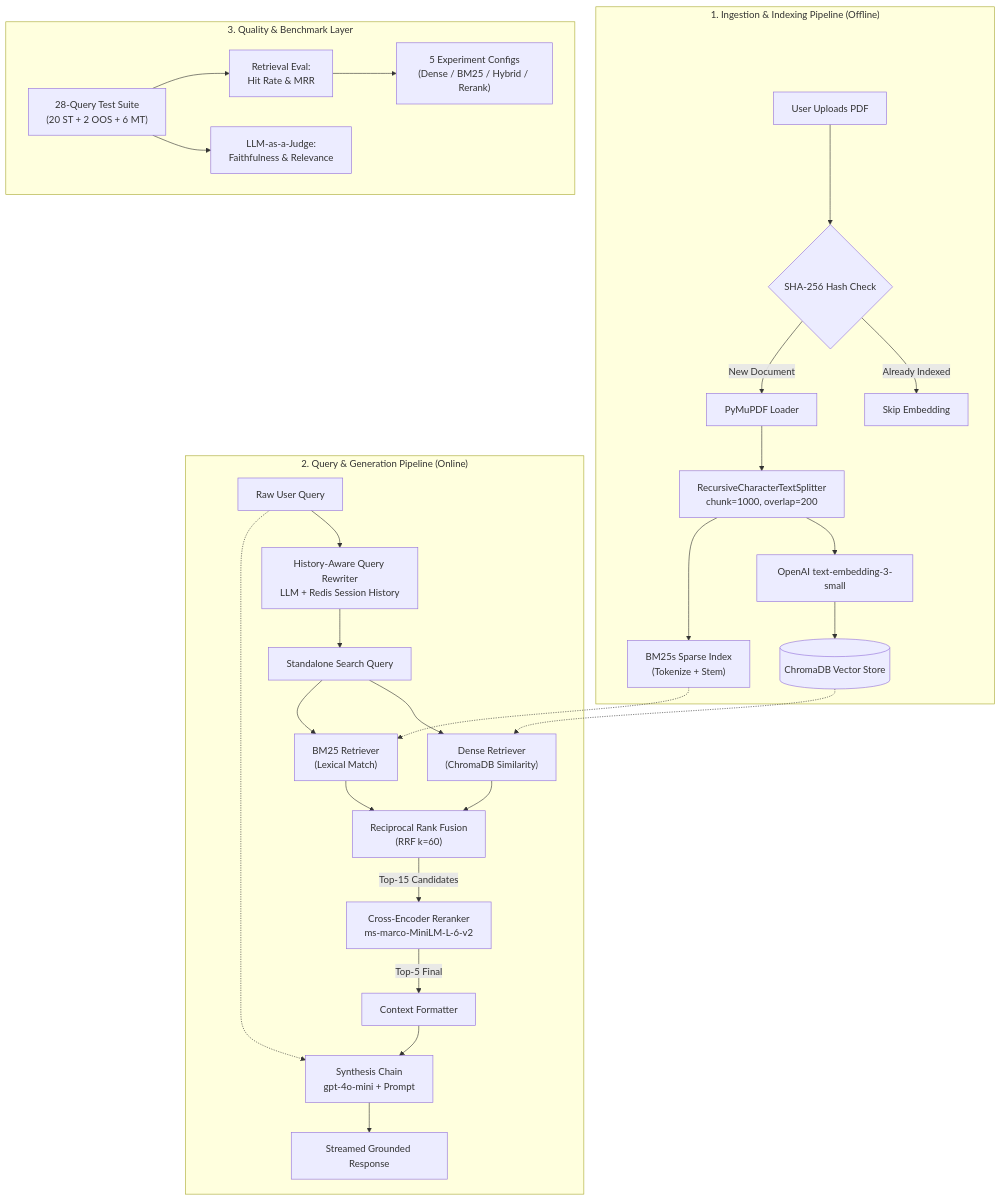
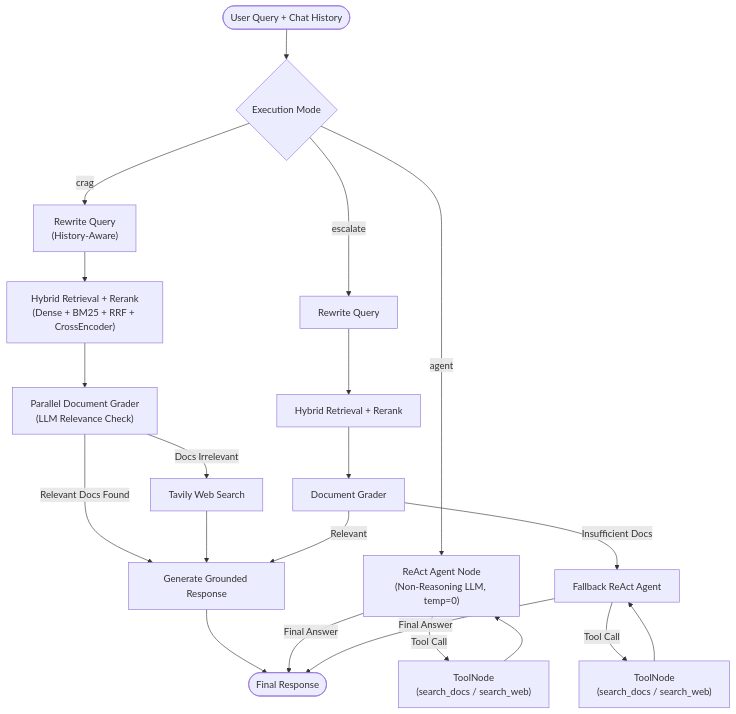
The diagram in README.md (denizzozupek/multi-doc-rag-assistant), drawn with Mermaid before and after one commit. The commit also changed other lines of this file and 11 other files, not shown here.

Commit message:
docs: update README, add decisions.md, switch default LLM to gpt-6-luna, clean legacy Redis/Docker files, and archive gpt-6-luna benchmarks

````diff
--- a/README.md
+++ b/README.md
@@ -45,38 +28,27 @@
 ```mermaid
 flowchart TD
-    %% INGESTION PIPELINE
-    subgraph Ingestion["1. Ingestion & Indexing Pipeline (Offline)"]
-        A[User Uploads PDF] --> B{SHA-256 Hash Check}
-        B -->|Already Indexed| Skip[Skip Embedding]
-        B -->|New Document| C[PyMuPDF Loader]
-        C --> D["RecursiveCharacterTextSplitter<br/>chunk=1000, overlap=200"]
-        D --> E[OpenAI text-embedding-3-small]
-        E --> F[(ChromaDB Vector Store)]
-        D --> G["BM25s Sparse Index<br/>(Tokenize + Stem)"]
-    end
+    Start([User Query + Chat History]) --> Mode{Execution Mode}
 
-    %% RUNTIME PIPELINE
-    subgraph Runtime["2. Query & Generation Pipeline (Online)"]
-        Q[Raw User Query] --> R["History-Aware Query Rewriter<br/>LLM + Redis Session History"]
-        R --> SQ[Standalone Search Query]
-        
-        SQ --> Dense["Dense Retriever<br/>(ChromaDB Similarity)"]
-        SQ --> Sparse["BM25 Retriever<br/>(Lexical Match)"]
-        F -.-> Dense
-        G -.-> Sparse
-        Dense --> RRF["Reciprocal Rank Fusion<br/>(RRF k=60)"]
-        Sparse --> RRF
-        RRF -->|"Top-15 Candidates"| Rerank["Cross-Encoder Reranker<br/>ms-marco-MiniLM-L-6-v2"]
-        Rerank -->|"Top-5 Final"| Ctx[Context Formatter]
-        Ctx --> Gen["Synthesis Chain<br/>gpt-4o-mini + Prompt"]
-        Q -.-> Gen
-        Gen --> Out[Streamed Grounded Response]
-    end
+    %% MODE 1: CRAG
+    Mode -->|crag| RW["Rewrite Query<br/>(History-Aware)"]
+    RW --> RET["Hybrid Retrieval + Rerank<br/>(Dense + BM25 + RRF + CrossEncoder)"]
+    RET --> GRADE["Parallel Document Grader<br/>(LLM Relevance Check)"]
+    GRADE -->|Relevant Docs Found| GEN["Generate Grounded Response"]
+    GRADE -->|Docs Irrelevant| WEB["Tavily Web Search"]
+    WEB --> GEN
+    GEN --> EndNode([Final Response])
 
-    %% EVALUATION COMPONENT
-    subgraph Evaluation["3. Quality & Benchmark Layer"]
-        S["28-Query Test Suite<br/>(20 ST + 2 OOS + 6 MT)"] --> T["Retrieval Eval:<br/>Hit Rate & MRR"]
-        S --> U["LLM-as-a-Judge:<br/>Faithfulness & Relevance"]
-        T --> V["5 Experiment Configs<br/>(Dense / BM25 / Hybrid / Rerank)"]
-    end
+    %% MODE 2: AGENT
+    Mode -->|agent| AG["ReAct Agent Node<br/>(Non-Reasoning LLM, temp=0)"]
+    AG -->|Tool Call| TOOLS["ToolNode<br/>(search_docs / search_web)"]
+    TOOLS --> AG
+    AG -->|Final Answer| EndNode
+
+    %% MODE 3: ESCALATE
+    Mode -->|escalate| ERW["Rewrite Query"] --> ERET["Hybrid Retrieval + Rerank"] --> EGRADE["Document Grader"]
+    EGRADE -->|Relevant| GEN
+    EGRADE -->|Insufficient Docs| FB["Fallback ReAct Agent"]
+    FB -->|Tool Call| ETOOLS["ToolNode<br/>(search_docs / search_web)"]
+    ETOOLS --> FB
+    FB -->|Final Answer| EndNode
 ```
````
